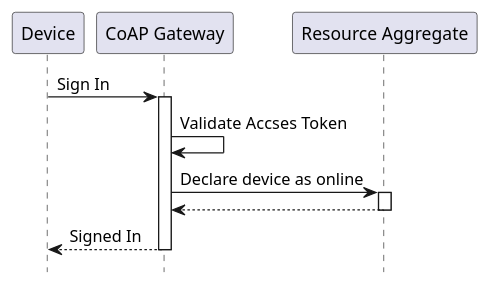
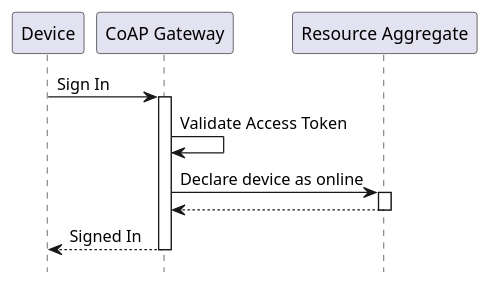
One commit to plgd-dev/hub changed the third of 5 diagrams in docs/guide/architecture/system-overview.md. Above: the diagram before and after it, drawn with PlantUML. The commit also changed other lines of this file and 12 other files, not shown here.

```diff
--- a/docs/guide/architecture/system-overview.md
+++ b/docs/guide/architecture/system-overview.md
@@ -66,14 +86,14 @@
 @startuml Sequence
 hide footbox
 
 participant D as "Device"
 participant CGW as "CoAP Gateway"
 participant RA as "Resource Aggregate"
 
 D -> CGW ++: Sign In
-CGW -> CGW: Validate Accses Token
+CGW -> CGW: Validate Access Token
 CGW -> RA ++: Declare device as online
 return
 return Signed In
 
 @enduml
```
